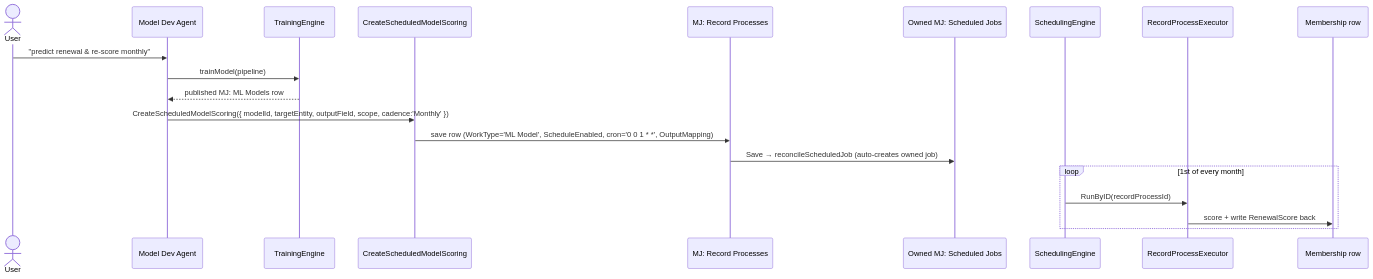
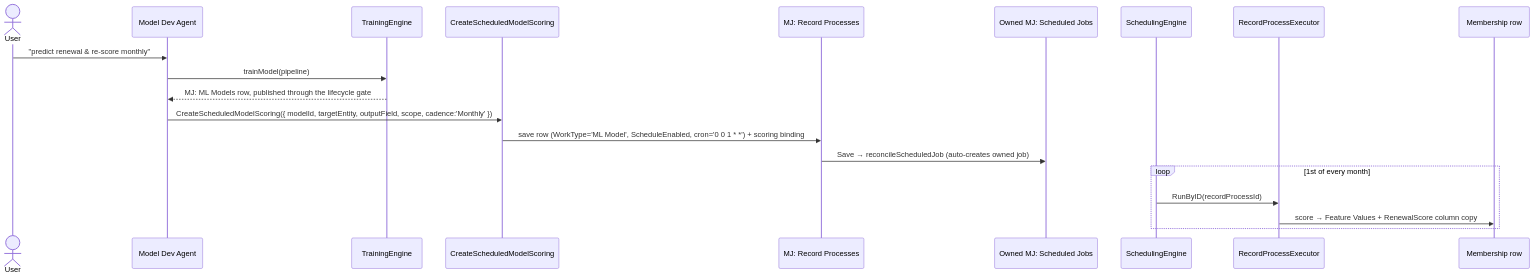
Before and after one commit to MemberJunction/MJ: diagram 12 of 13 in guides/PREDICTIVE_STUDIO_GUIDE.md, drawn with Mermaid. The commit also changed other lines of this file and 1 other file, not shown here.

````diff
--- a/guides/PREDICTIVE_STUDIO_GUIDE.md
+++ b/guides/PREDICTIVE_STUDIO_GUIDE.md
@@ -1102,23 +1219,23 @@
 ```mermaid
 sequenceDiagram
     actor User
     participant Agent as Model Dev Agent
     participant Train as TrainingEngine
     participant Helper as CreateScheduledModelScoring
     participant RP as MJ: Record Processes
     participant Job as Owned MJ: Scheduled Jobs
     participant Sched as SchedulingEngine
     participant Exec as RecordProcessExecutor
     participant Member as Membership row
 
     User->>Agent: "predict renewal & re-score monthly"
     Agent->>Train: trainModel(pipeline)
-    Train-->>Agent: published MJ: ML Models row
+    Train-->>Agent: MJ: ML Models row, published through the lifecycle gate
     Agent->>Helper: CreateScheduledModelScoring({ modelId, targetEntity, outputField, scope, cadence:'Monthly' })
-    Helper->>RP: save row (WorkType='ML Model', ScheduleEnabled, cron='0 0 1 * *', OutputMapping)
+    Helper->>RP: save row (WorkType='ML Model', ScheduleEnabled, cron='0 0 1 * *') + scoring binding
     RP->>Job: Save → reconcileScheduledJob (auto-creates owned job)
     loop 1st of every month
         Sched->>Exec: RunByID(recordProcessId)
-        Exec->>Member: score + write RenewalScore back
+        Exec->>Member: score → Feature Values + RenewalScore column copy
     end
 ```
````
